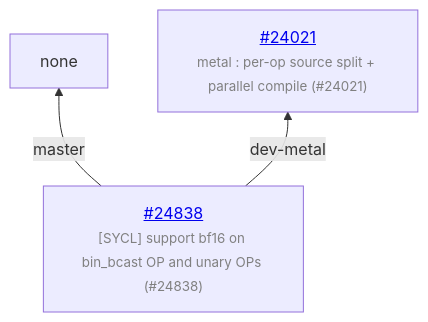
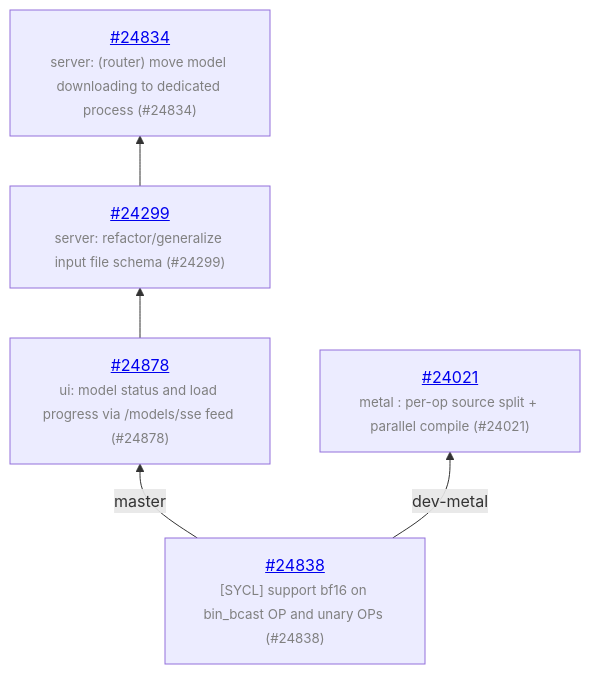
The diagram in README.md (ggml-org/llama.cpp-dev), drawn with Mermaid before and after one commit. The commit also changed other lines of this file and 1 other file, not shown here.

Commit message:
auto: update

````diff
--- a/README.md
+++ b/README.md
@@ -13,7 +13,12 @@
 ```mermaid
 graph BT
     COMMON["<a href='https://github.com/ggml-org/llama.cpp/pull/24838'>#24838</a><br/><span style='font-size:smaller;color:gray'>[SYCL] support bf16 on bin_bcast OP and unary OPs (#24838)</span>"]
-    COMMON -->|master| none
+    COMMON -->|master| C_099b579
+    C_099b579["<a href='https://github.com/ggml-org/llama.cpp/pull/24878'>#24878</a><br/><span style='font-size:smaller;color:gray'>ui: model status and load progress via /models/sse feed (#24878)</span>"]
+    C_099b579 --> C_6ee0f65
+    C_6ee0f65["<a href='https://github.com/ggml-org/llama.cpp/pull/24299'>#24299</a><br/><span style='font-size:smaller;color:gray'>server: refactor/generalize input file schema (#24299)</span>"]
+    C_6ee0f65 --> C_721354f
+    C_721354f["<a href='https://github.com/ggml-org/llama.cpp/pull/24834'>#24834</a><br/><span style='font-size:smaller;color:gray'>server: (router) move model downloading to dedicated process (#24834)</span>"]
     COMMON -->|dev-metal| C_bec3083
     C_bec3083["<a href='https://github.com/ggml-org/llama.cpp/pull/24021'>#24021</a><br/><span style='font-size:smaller;color:gray'>metal : per-op source split + parallel compile (#24021)</span>"]
 ```
````
